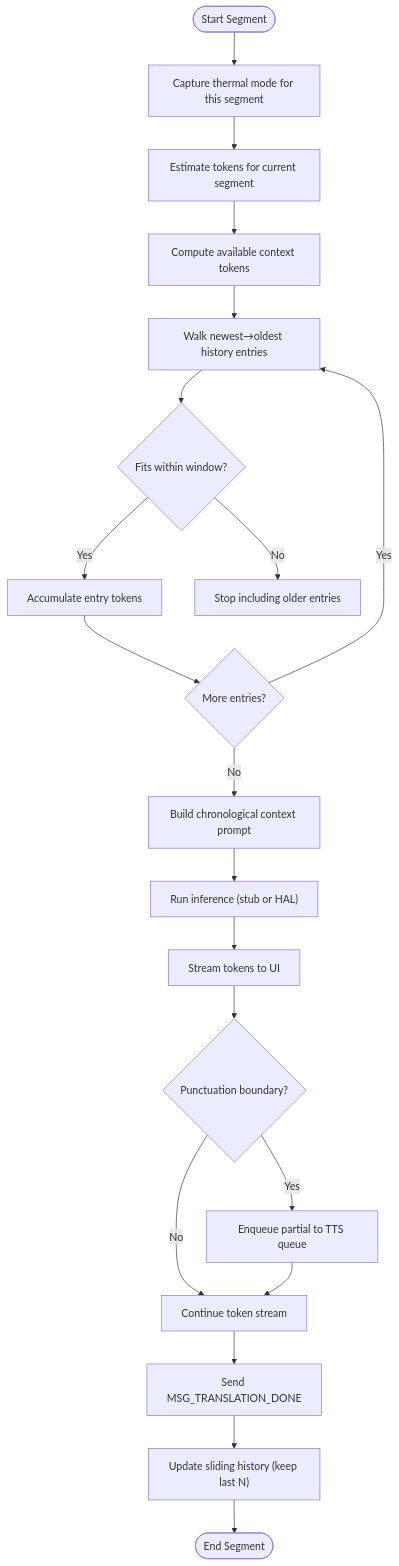
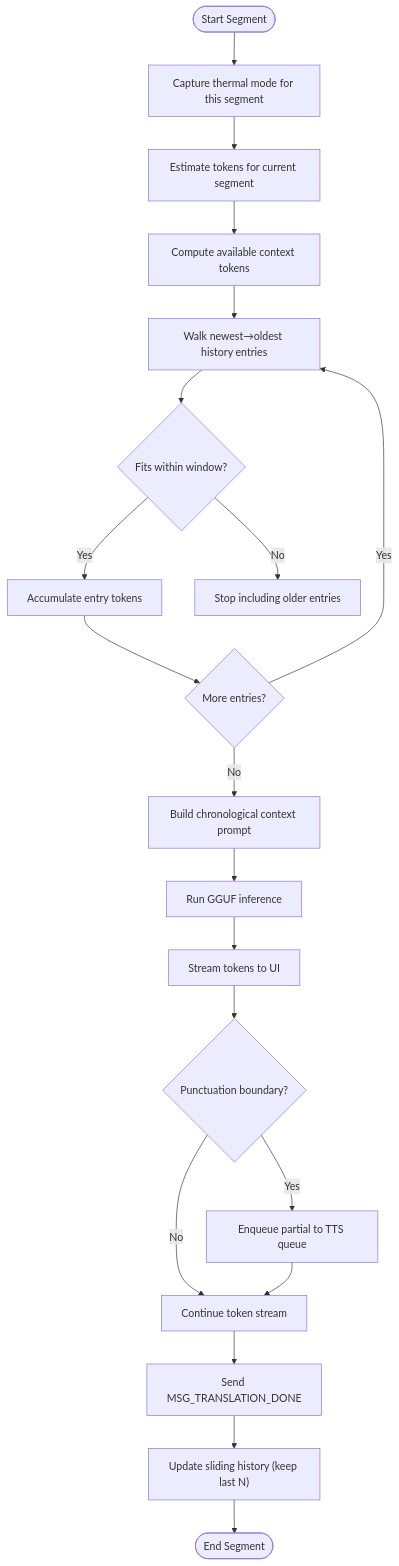
One commit to iMyth/QwenEcho changed the fourth of 10 diagrams in .qoder/repowiki/en/content/AI Model Processing Stages/LLM Stage - Language Translation.md. Above: the diagram before and after it, drawn with Mermaid. The commit also changed other lines of this file and 129 other files, not shown here.

````diff
--- a/.qoder/repowiki/en/content/AI Model Processing Stages/LLM Stage - Language Translation.md
+++ b/.qoder/repowiki/en/content/AI Model Processing Stages/LLM Stage - Language Translation.md
@@ -178,22 +193,22 @@
 ```mermaid
 flowchart TD
 Start(["Start Segment"]) --> CaptureMode["Capture thermal mode for this segment"]
 CaptureMode --> EstimateTokens["Estimate tokens for current segment"]
 EstimateTokens --> Available["Compute available context tokens"]
 Available --> WalkHistory["Walk newest→oldest history entries"]
 WalkHistory --> Fit{"Fits within window?"}
 Fit --> |Yes| Accumulate["Accumulate entry tokens"]
 Fit --> |No| BreakTruncate["Stop including older entries"]
 Accumulate --> NextEntry{"More entries?"}
 NextEntry --> |Yes| WalkHistory
 NextEntry --> |No| BuildPrompt["Build chronological context prompt"]
-BuildPrompt --> Infer["Run inference (stub or HAL)"]
-Infer --> StreamTokens["Stream tokens to UI"]
+BuildPrompt --> RealInference["Run GGUF inference"]
+RealInference --> StreamTokens["Stream tokens to UI"]
 StreamTokens --> PunctCheck{"Punctuation boundary?"}
 PunctCheck --> |Yes| EnqueuePartial["Enqueue partial to TTS queue"]
 PunctCheck --> |No| ContinueTokens["Continue token stream"]
 EnqueuePartial --> ContinueTokens
 ContinueTokens --> DoneSegment["Send MSG_TRANSLATION_DONE"]
 DoneSegment --> UpdateHistory["Update sliding history (keep last N)"]
 UpdateHistory --> End(["End Segment"])
 ```
````
